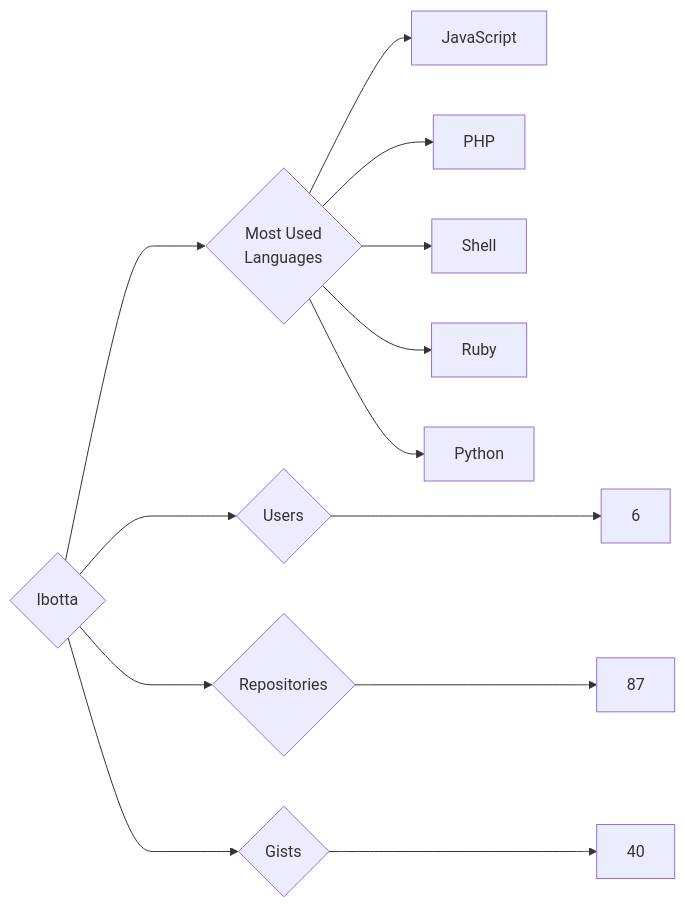
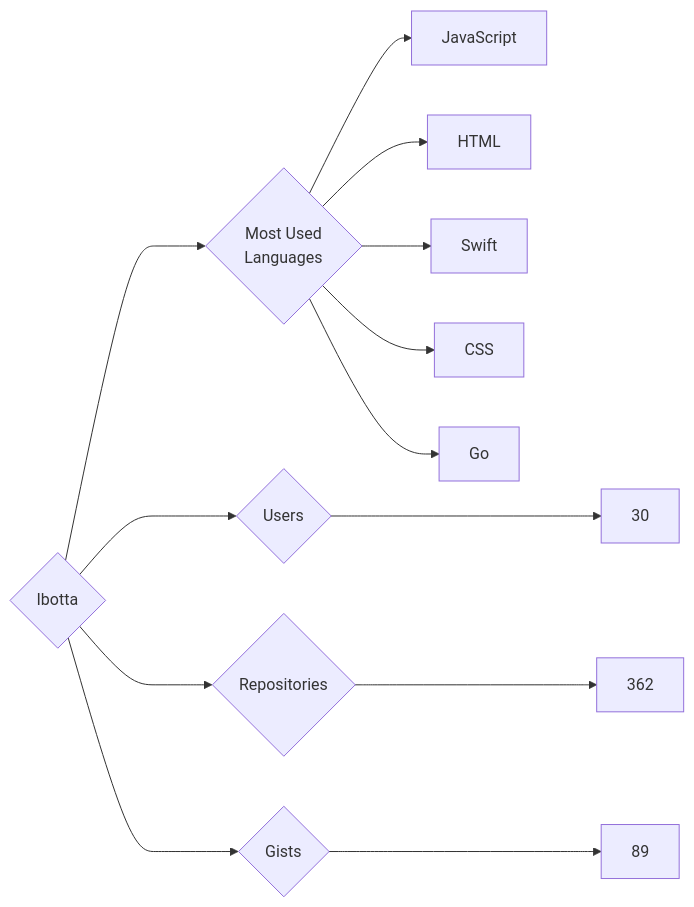
Before and after one commit to trickest/insiders: the diagram in targets/Ibotta/README.md, drawn with Mermaid. The commit also changed 594 other files, not shown here.

````diff
--- a/targets/Ibotta/README.md
+++ b/targets/Ibotta/README.md
@@ -3,13 +3,13 @@
 ```mermaid
 graph LR
 COMPANY_NAME{Ibotta}
-COMPANY_NAME ---> U{Users} ---> UN[6]
-COMPANY_NAME ---> R{Repositories} ---> RN[87]
-COMPANY_NAME ---> G{Gists} ---> GN[40]
+COMPANY_NAME ---> U{Users} ---> UN[30]
+COMPANY_NAME ---> R{Repositories} ---> RN[362]
+COMPANY_NAME ---> G{Gists} ---> GN[89]
 COMPANY_NAME ---> ML{Most Used<br>Languages}
 ML --> JavaScript[JavaScript]
-ML --> PHP[PHP]
-ML --> Shell[Shell]
-ML --> Ruby[Ruby]
-ML --> Python[Python]
+ML --> HTML[HTML]
+ML --> Swift[Swift]
+ML --> CSS[CSS]
+ML --> Go[Go]
 ```
````
